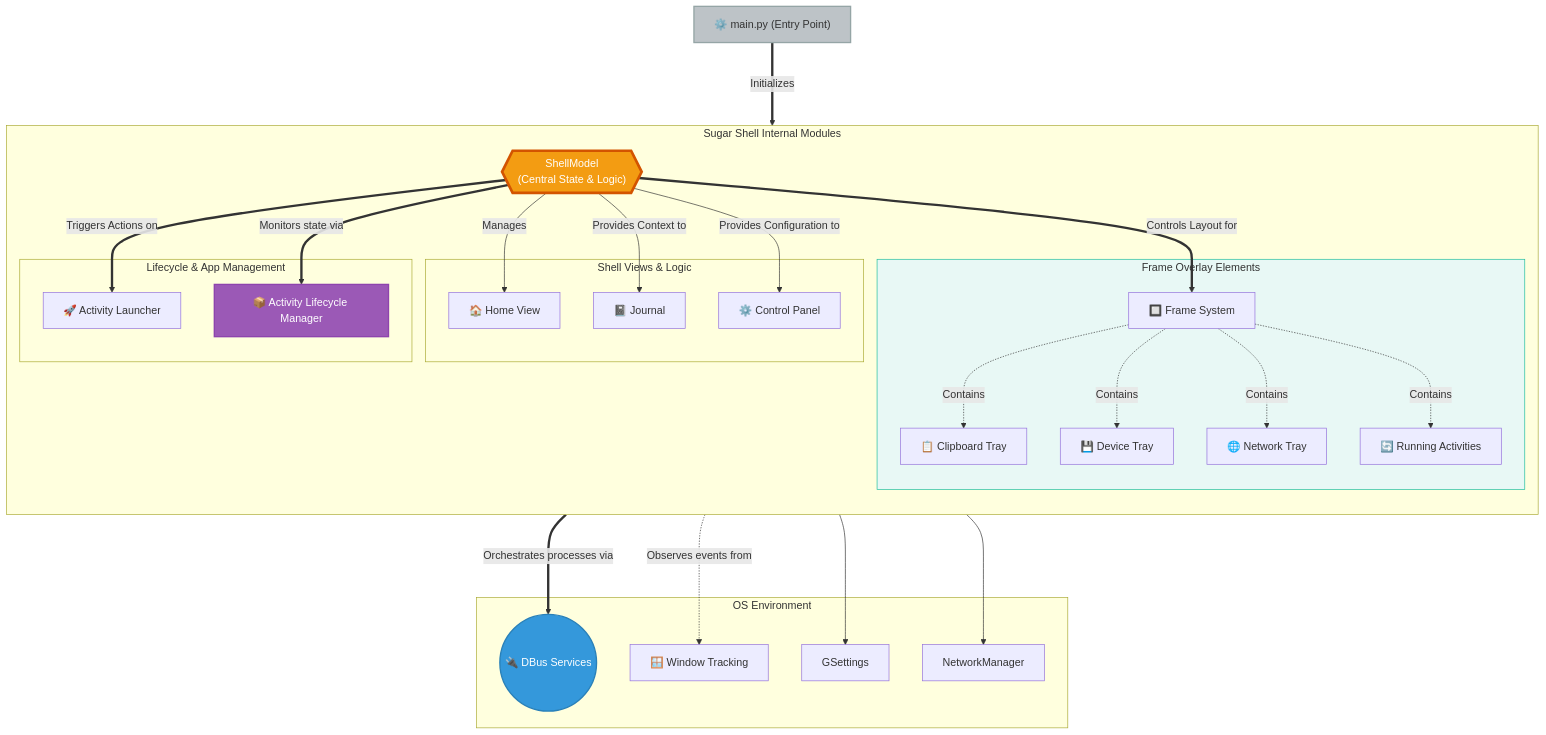
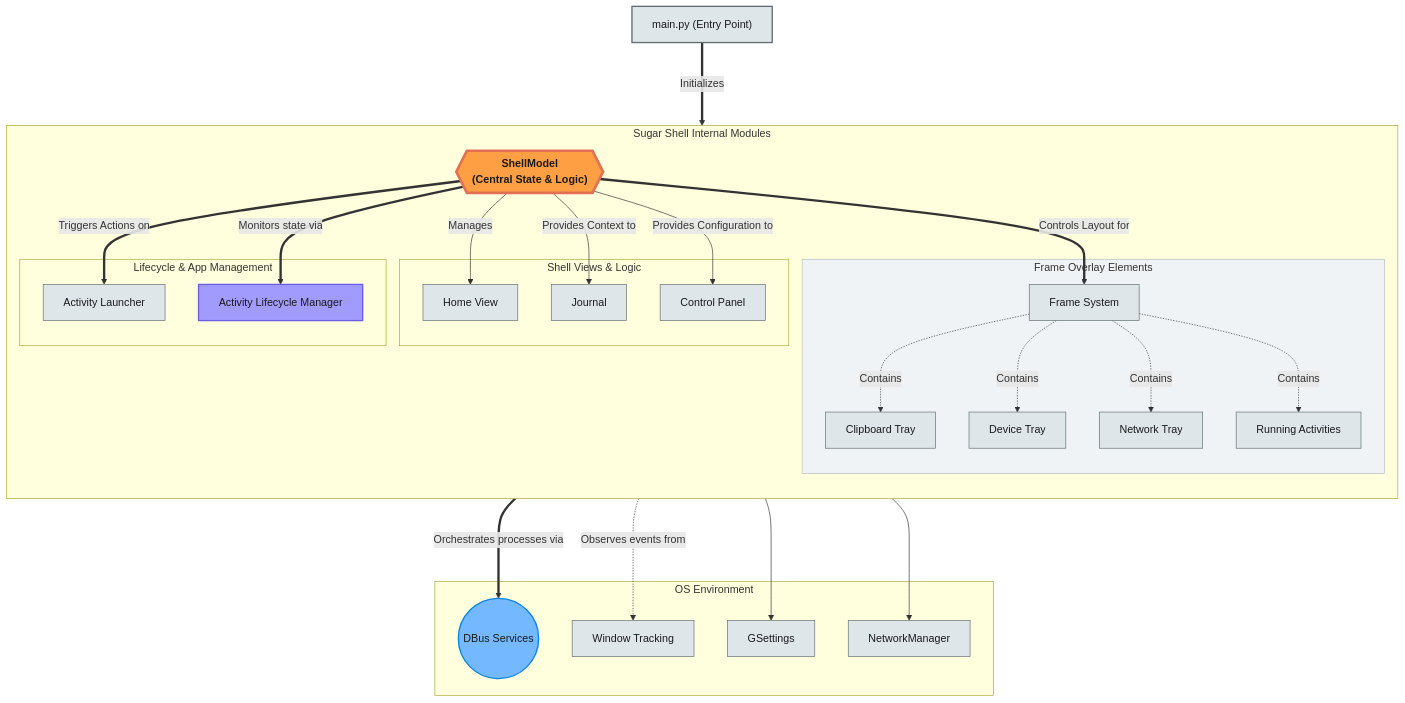
Before and after one commit to Dev10-sys/sugar-proposal-gtk: the fourth of 9 diagrams in proposal.md, drawn with Mermaid. The commit also changed other lines of this file, not shown here.

Commit message:
Polish all diagrams: remove emojis, dark text, professional styling

````diff
--- a/proposal.md
+++ b/proposal.md
@@ -265,7 +266,7 @@
 ```mermaid
 flowchart TD
     %% Base Level
-    Main["⚙️ main.py (Entry Point)"]
+    Main["main.py (Entry Point)"]
 
     %% Core Components
     subgraph Core ["Sugar Shell Internal Modules"]
@@ -274,31 +275,31 @@
 
         %% Views Section
         subgraph Views ["Shell Views & Logic"]
-            Home["🏠 Home View"]
-            Journal["📓 Journal"]
-            ControlPanel["⚙️ Control Panel"]
+            Home["Home View"]
+            Journal["Journal"]
+            ControlPanel["Control Panel"]
         end
 
         %% Frame Section
         subgraph FrameSystem ["Frame Overlay Elements"]
-            Frame["🔲 Frame System"]
-            Clipboard["📋 Clipboard Tray"]
-            Devices["💾 Device Tray"]
-            Friends["🌐 Network Tray"]
-            ActivitiesTray["🔄 Running Activities"]
+            Frame["Frame System"]
+            Clipboard["Clipboard Tray"]
+            Devices["Device Tray"]
+            Friends["Network Tray"]
+            ActivitiesTray["Running Activities"]
         end
 
         %% Management Section
         subgraph Mngmt ["Lifecycle & App Management"]
-            Launcher["🚀 Activity Launcher"]
-            ActivityManager["📦 Activity Lifecycle Manager"]
+            Launcher["Activity Launcher"]
+            ActivityManager["Activity Lifecycle Manager"]
         end
     end
 
     %% External Systems via DBus
     subgraph Env ["OS Environment"]
-        DBus(("🔌 DBus Services"))
-        WindowManager["🪟 Window Tracking"]
+        DBus(("DBus Services"))
+        WindowManager["Window Tracking"]
         GSettings["GSettings"]
         NetworkManager["NetworkManager"]
     end
@@ -329,9 +330,21 @@
     ShellModel --> NetworkManager
 
     %% Styling
-    style Main fill:#bdc3c7,stroke:#95a5a6,stroke-width:2px
-    style ShellModel fill:#f39c12,stroke:#d35400,stroke-width:4px,color:#fff
-    style DBus fill:#3498db,stroke:#2980b9,stroke-width:2px,color:#fff
-    style ActivityManager fill:#9b59b6,stroke:#8e44ad,stroke-width:2px,color:#fff
-    style FrameSystem fill:#e8f8f5,stroke:#1abc9c,stroke-width:1px
+    style Main fill:#dfe6e9,stroke:#636e72,stroke-width:2px,color:#1a1a1a
+    style ShellModel fill:#ff9f43,stroke:#e17055,stroke-width:4px,color:#1a1a1a,font-weight:bold
+    style DBus fill:#74b9ff,stroke:#0984e3,stroke-width:2px,color:#1a1a1a
+    style ActivityManager fill:#a29bfe,stroke:#6c5ce7,stroke-width:2px,color:#1a1a1a
+    style Home fill:#dfe6e9,stroke:#636e72,stroke-width:1px,color:#1a1a1a
+    style Journal fill:#dfe6e9,stroke:#636e72,stroke-width:1px,color:#1a1a1a
+    style ControlPanel fill:#dfe6e9,stroke:#636e72,stroke-width:1px,color:#1a1a1a
+    style Frame fill:#dfe6e9,stroke:#636e72,stroke-width:1px,color:#1a1a1a
+    style Clipboard fill:#dfe6e9,stroke:#636e72,stroke-width:1px,color:#1a1a1a
+    style Devices fill:#dfe6e9,stroke:#636e72,stroke-width:1px,color:#1a1a1a
+    style Friends fill:#dfe6e9,stroke:#636e72,stroke-width:1px,color:#1a1a1a
+    style ActivitiesTray fill:#dfe6e9,stroke:#636e72,stroke-width:1px,color:#1a1a1a
+    style Launcher fill:#dfe6e9,stroke:#636e72,stroke-width:1px,color:#1a1a1a
+    style WindowManager fill:#dfe6e9,stroke:#636e72,stroke-width:1px,color:#1a1a1a
+    style GSettings fill:#dfe6e9,stroke:#636e72,stroke-width:1px,color:#1a1a1a
+    style NetworkManager fill:#dfe6e9,stroke:#636e72,stroke-width:1px,color:#1a1a1a
+    style FrameSystem fill:#f0f3f5,stroke:#b2bec3,stroke-width:1px
 ```
````
